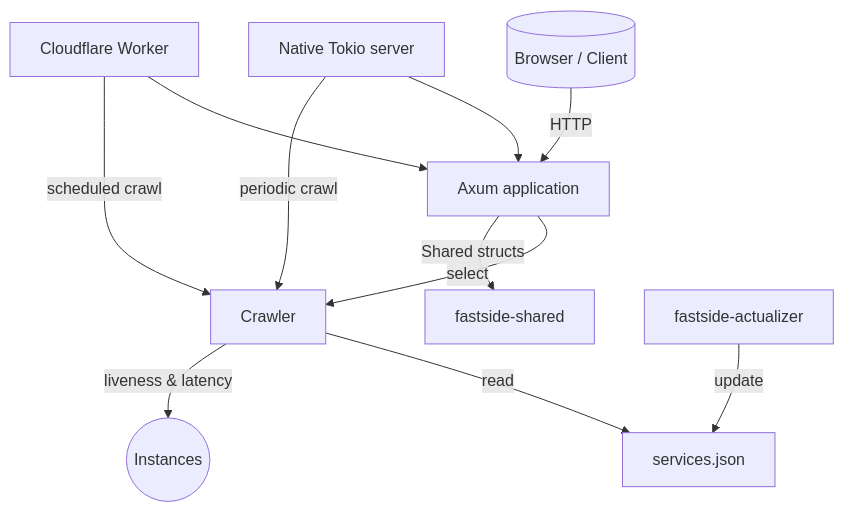
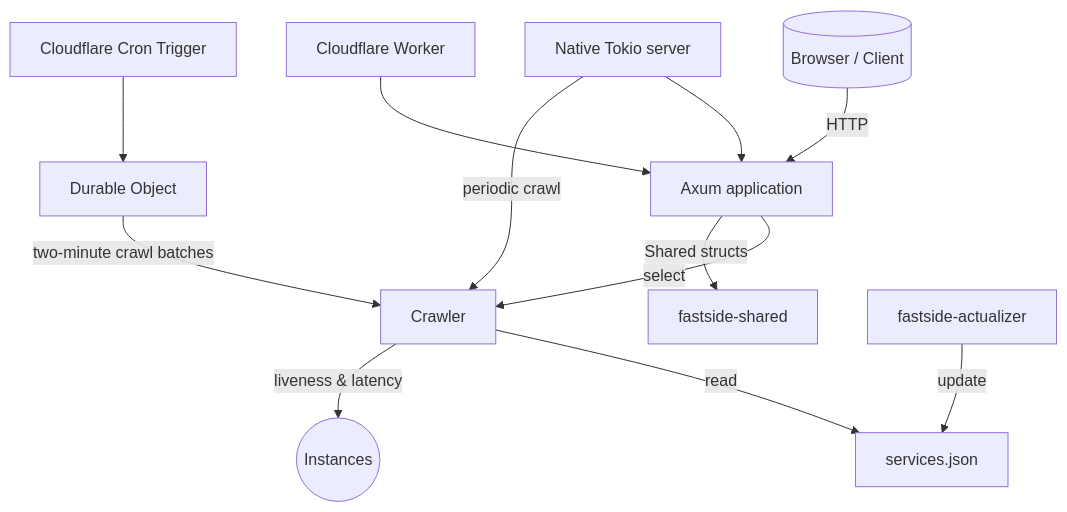
Before and after one commit to cofob/fastside: the diagram in docs/architecture.md, drawn with Mermaid. The commit also changed other lines of this file and 11 other files, not shown here.

Commit message:
Add Cloudflare crawler proxy support

````diff
--- a/docs/architecture.md
+++ b/docs/architecture.md
@@ -3,13 +3,14 @@
 ```mermaid
 flowchart TD
     User[(Browser / Client)] -->|HTTP| Axum[Axum application]
     Native[Native Tokio server] --> Axum
     Worker[Cloudflare Worker] --> Axum
     Axum -->|select| Crawler
     Native -->|periodic crawl| Crawler
-    Worker -->|scheduled crawl| Crawler
+    Cron[Cloudflare Cron Trigger] --> DurableObject[Durable Object]
+    DurableObject -->|two-minute crawl batches| Crawler
     Crawler -->|read| ServicesData[services.json]
     Crawler -->|liveness & latency| Instances((Instances))
     Axum -->|Shared structs| Shared[fastside-shared]
     Actualizer[fastside-actualizer] -->|update| ServicesData
 ```
````
